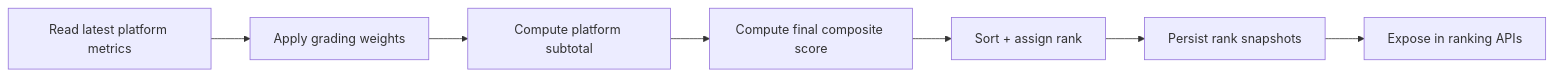
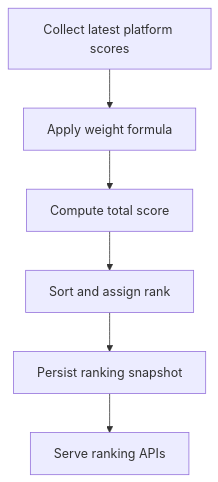
The sixth of 7 diagrams in projectdocumentation.md (ramalokeshreddyp/code_to_win), drawn with Mermaid before and after one commit. The commit also changed other lines of this file and 35 other files, not shown here.

````diff
--- a/projectdocumentation.md
+++ b/projectdocumentation.md
@@ -193,9 +191,8 @@
 ```mermaid
-flowchart LR
-  K1[Read latest platform metrics] --> K2[Apply grading weights]
-  K2 --> K3[Compute platform subtotal]
-  K3 --> K4[Compute final composite score]
-  K4 --> K5[Sort + assign rank]
-  K5 --> K6[Persist rank snapshots]
-  K6 --> K7[Expose in ranking APIs]
+flowchart TD
+  K1[Collect latest platform scores] --> K2[Apply weight formula]
+  K2 --> K3[Compute total score]
+  K3 --> K4[Sort and assign rank]
+  K4 --> K5[Persist ranking snapshot]
+  K5 --> K6[Serve ranking APIs]
 ```
````
